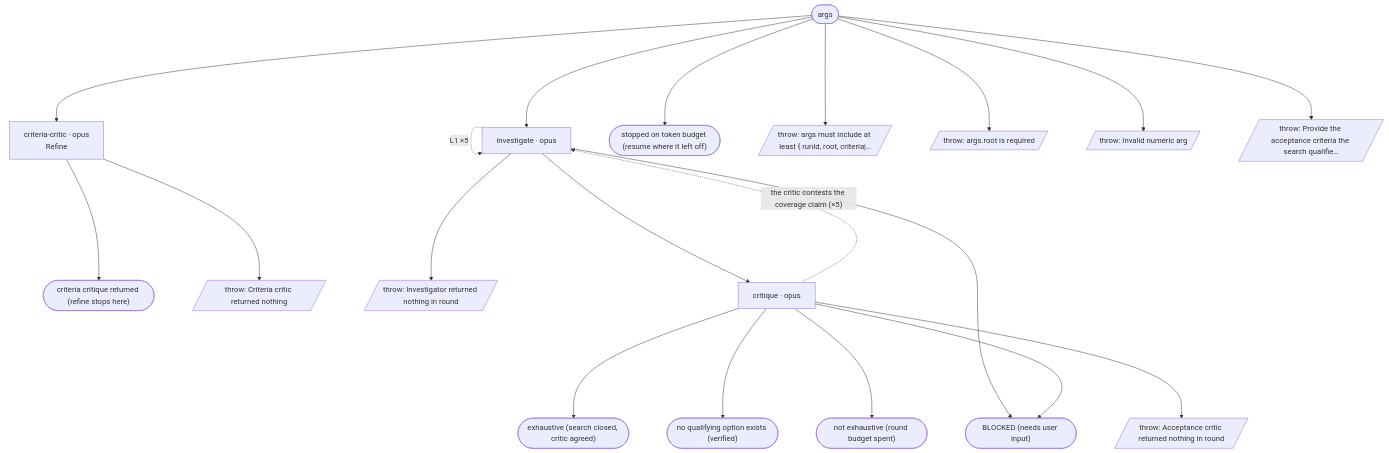
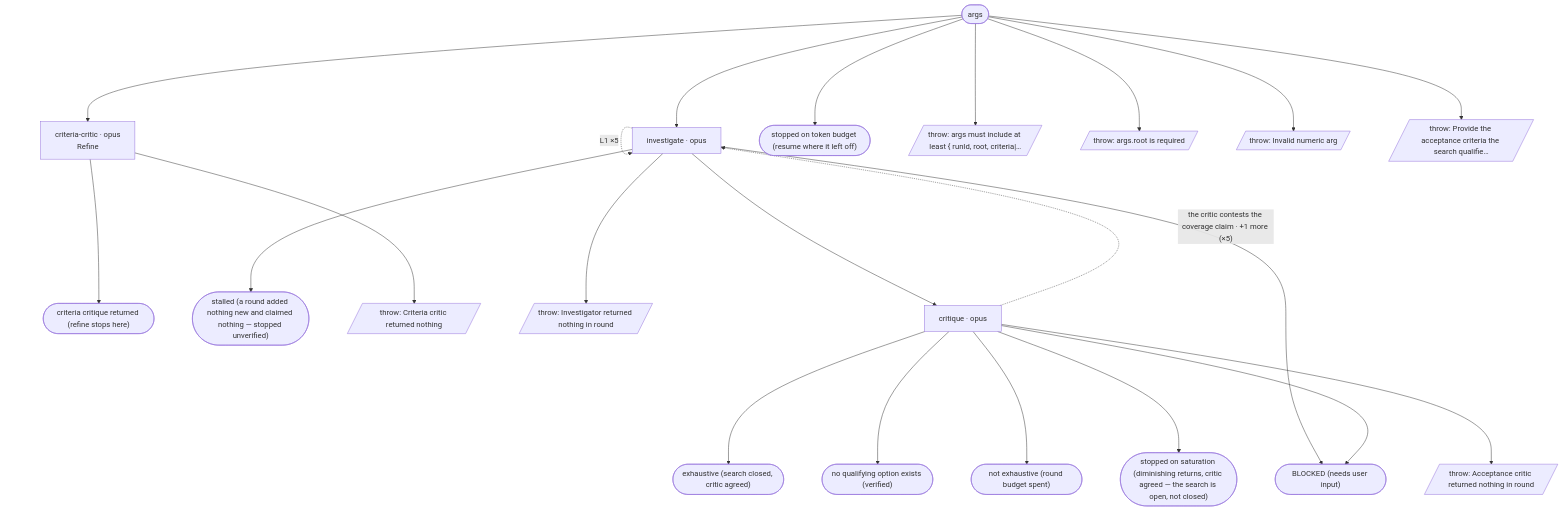
The diagram in workflows/investigate/FLOW.md (Blakeem/aipromptguide-workflows), drawn with Mermaid before and after one commit. The commit also changed other lines of this file and 17 other files, not shown here.

Commit message:
stop criteria: investigate saturated/stalled + SEARCHED.md, decide gap trajectory + WHERE NEXT; file gap-severity feature

````diff
--- a/workflows/investigate/FLOW.md
+++ b/workflows/investigate/FLOW.md
@@ -8,40 +8,44 @@
 ```mermaid
 %%{init: {"flowchart": {"nodeSpacing": 80, "rankSpacing": 200}}}%%
 flowchart TD
   S0(["args"])
   a1["criteria-critic · opus<br/>Refine"]
   a2["investigate · opus"]
   a3["critique · opus"]
   t1(["criteria critique returned (refine stops here)"])
   t2(["exhaustive (search closed, critic agreed)"])
   t3(["no qualifying option exists (verified)"])
   t4(["not exhaustive (round budget spent)"])
-  t5(["stopped on token budget (resume where it left off)"])
-  t6(["BLOCKED (needs user input)"])
+  t5(["stopped on saturation (diminishing returns, critic agreed — the search is open, not closed)"])
+  t6(["stalled (a round added nothing new and claimed nothing — stopped unverified)"])
+  t7(["stopped on token budget (resume where it left off)"])
+  t8(["BLOCKED (needs user input)"])
   x1[/"throw: args must include at least { runId, root, criteria#124;…"/]
   x2[/"throw: args.root is required"/]
   x3[/"throw: Invalid numeric arg"/]
   x4[/"throw: Provide the acceptance criteria the search qualifie…"/]
   x5[/"throw: Criteria critic returned nothing"/]
   x6[/"throw: Investigator returned nothing in round"/]
   x7[/"throw: Acceptance critic returned nothing in round"/]
   S0 --> a1
   S0 --> a2
-  S0 --> t5
+  S0 --> t7
   S0 --> x1
   S0 --> x2
   S0 --> x3
   S0 --> x4
   a1 --> t1
   a1 --> x5
   a2 -.->|"L1 ×5"| a2
   a2 --> a3
   a2 --> t6
+  a2 --> t8
   a2 --> x6
-  a3 -.->|"the critic contests the coverage claim (×5)"| a2
+  a3 -.->|"the critic contests the coverage claim · +1 more (×5)"| a2
   a3 --> t2
   a3 --> t3
   a3 --> t4
-  a3 --> t6
+  a3 --> t5
+  a3 --> t8
   a3 --> x7
 ```
````
